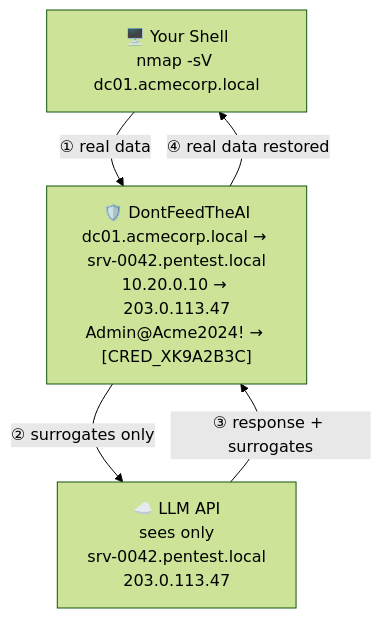
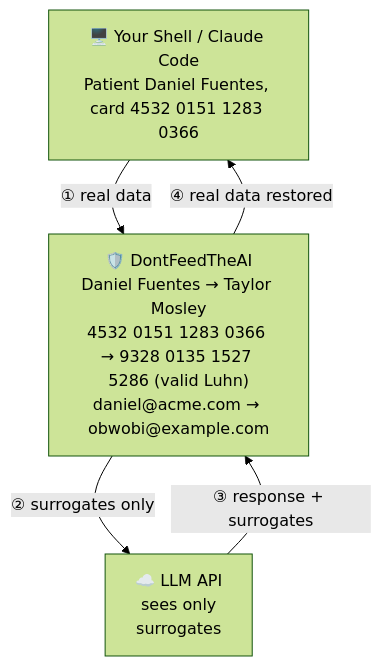
The first of 5 diagrams in README.md (jaimegk/ProxIA), drawn with Mermaid (forest theme) before and after one commit. The commit also changed other lines of this file and 10 other files, not shown here.

````diff
--- a/README.md
+++ b/README.md
@@ -17,11 +20,11 @@
 ```mermaid
 flowchart TD
-    shell["🖥️ Your Shell\nnmap -sV dc01.acmecorp.local"]
-    proxy["🛡️ DontFeedTheAI\ndc01.acmecorp.local → srv-0042.pentest.local\n10.20.0.10 → 203.0.113.47\nAdmin@Acme2024! → [CRED_XK9A2B3C]"]
-    api["☁️ LLM API\nsees only\nsrv-0042.pentest.local\n203.0.113.47"]
+    shell["🖥️ Your Shell / Claude Code\nPatient Daniel Fuentes, card 4532 0151 1283 0366"]
+    proxy["🛡️ DontFeedTheAI\nDaniel Fuentes → Taylor Mosley\n4532 0151 1283 0366 → 9328 0135 1527 5286 (valid Luhn)\ndaniel@acme.com → obwobi@example.com"]
+    api["☁️ LLM API\nsees only\nsurrogates"]
 
     shell -- "① real data" --> proxy
     proxy -- "② surrogates only" --> api
     api -- "③ response + surrogates" --> proxy
     proxy -- "④ real data restored" --> shell
 ```
````
